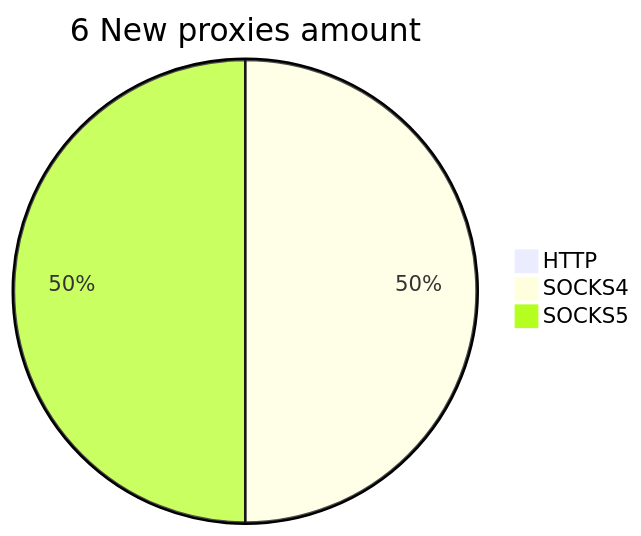
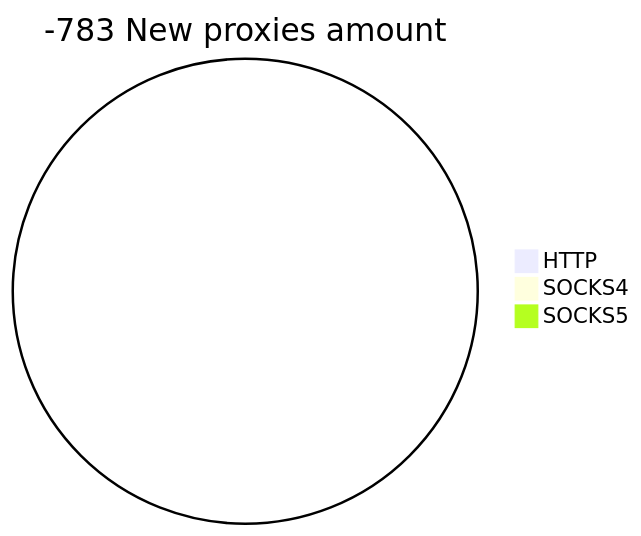
Before and after one commit to cutipu/proxylist: the second of 2 diagrams in README.md, drawn with Mermaid. The commit also changed other lines of this file, not shown here.

````diff
--- a/README.md
+++ b/README.md
@@ -10,6 +10,6 @@
 ```mermaid
-pie title 6 New proxies amount
+pie title -783 New proxies amount
     "HTTP" : 0
-    "SOCKS4" : 3
-    "SOCKS5" : 3
+    "SOCKS4" : 0
+    "SOCKS5" : 0
 ```
````
